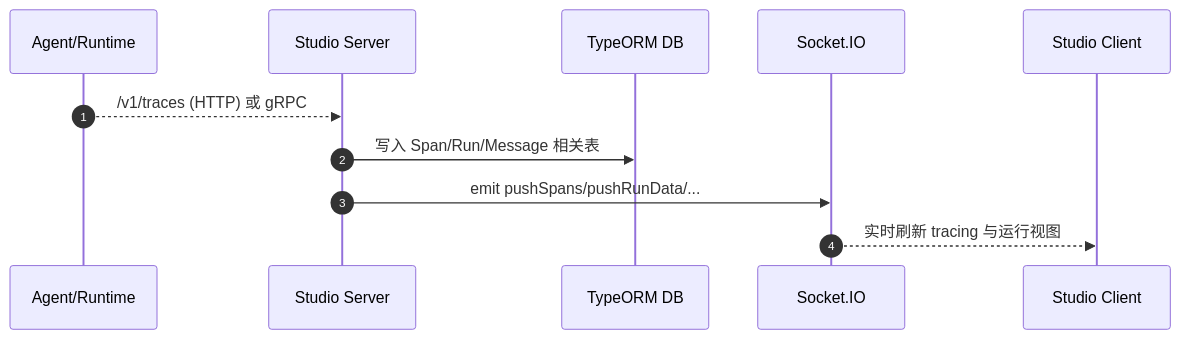
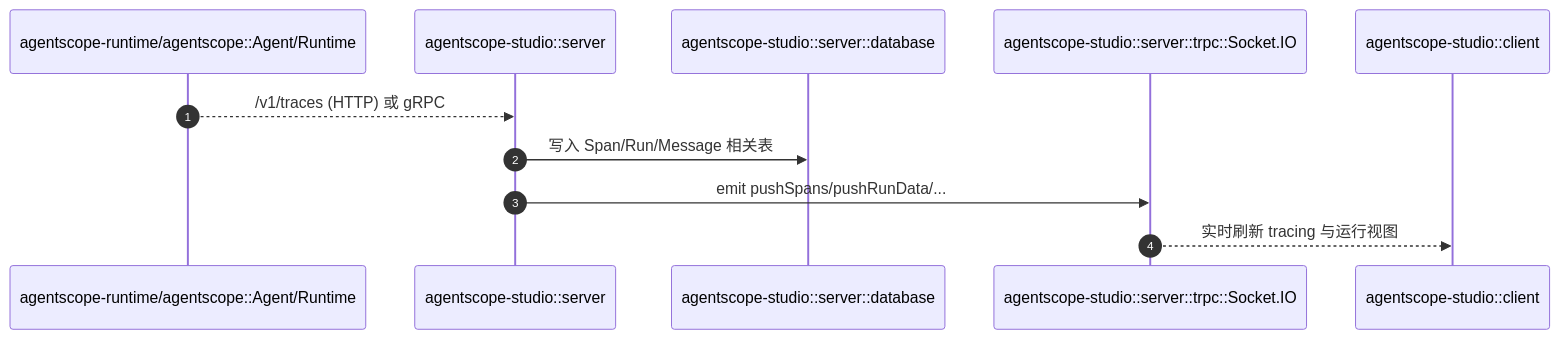
One commit to a2903214/agentscope-learning changed the third of 4 diagrams in docs/agentscope-codebase/00-overall-design/core_module_design.zh-CN.md. Above: the diagram before and after it, drawn with Mermaid. The commit also changed other lines of this file and 8 other files, not shown here.

Commit message:
更新文档：完善整体设计与模块结构分析，增加时序图与模块调用关系图，采用模块::参与者形式标注参与者来源。涉及内容包括 agentscope、agentscope-runtime、agentscope-studio、agentscope-spark-design 和 agentscope-samples 的代码结构与功能描述。

````diff
--- a/docs/agentscope-codebase/00-overall-design/core_module_design.zh-CN.md
+++ b/docs/agentscope-codebase/00-overall-design/core_module_design.zh-CN.md
@@ -129,14 +135,14 @@
 ```mermaid
 sequenceDiagram
   autonumber
-  participant SRC as Agent/Runtime
-  participant ST as Studio Server
-  participant DB as TypeORM DB
-  participant IO as Socket.IO
-  participant UI as Studio Client
+  participant SRC as agentscope-runtime/agentscope::Agent/Runtime
+  participant ST as agentscope-studio::server
+  participant DB as agentscope-studio::server::database
+  participant IO as agentscope-studio::server::trpc::Socket.IO
+  participant UI as agentscope-studio::client
 
   SRC-->>ST: /v1/traces (HTTP) 或 gRPC
   ST->>DB: 写入 Span/Run/Message 相关表
   ST->>IO: emit pushSpans/pushRunData/...
   IO-->>UI: 实时刷新 tracing 与运行视图
 ```
````
